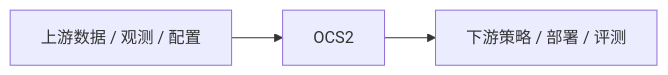
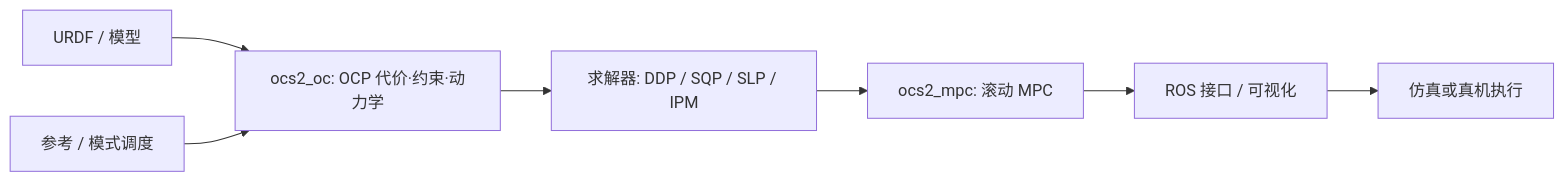
Before and after one commit to ImChong/Robotics_Notebooks: the first of 2 diagrams in wiki/entities/ocs2.md, drawn with Mermaid. The commit also changed other lines of this file and 11 other files, not shown here.

````diff
--- a/wiki/entities/ocs2.md
+++ b/wiki/entities/ocs2.md
@@ -58,5 +73,9 @@
 ```mermaid
 flowchart LR
-  A["上游数据 / 观测 / 配置"] --> B["OCS2"]
-  B --> C["下游策略 / 部署 / 评测"]
+  URDF["URDF / 模型"] --> OC["ocs2_oc: OCP 代价·约束·动力学"]
+  REF["参考 / 模式调度"] --> OC
+  OC --> SOL["求解器: DDP / SQP / SLP / IPM"]
+  SOL --> MPC["ocs2_mpc: 滚动 MPC"]
+  MPC --> ROS["ROS 接口 / 可视化"]
+  ROS --> ROB["仿真或真机执行"]
 ```
````
